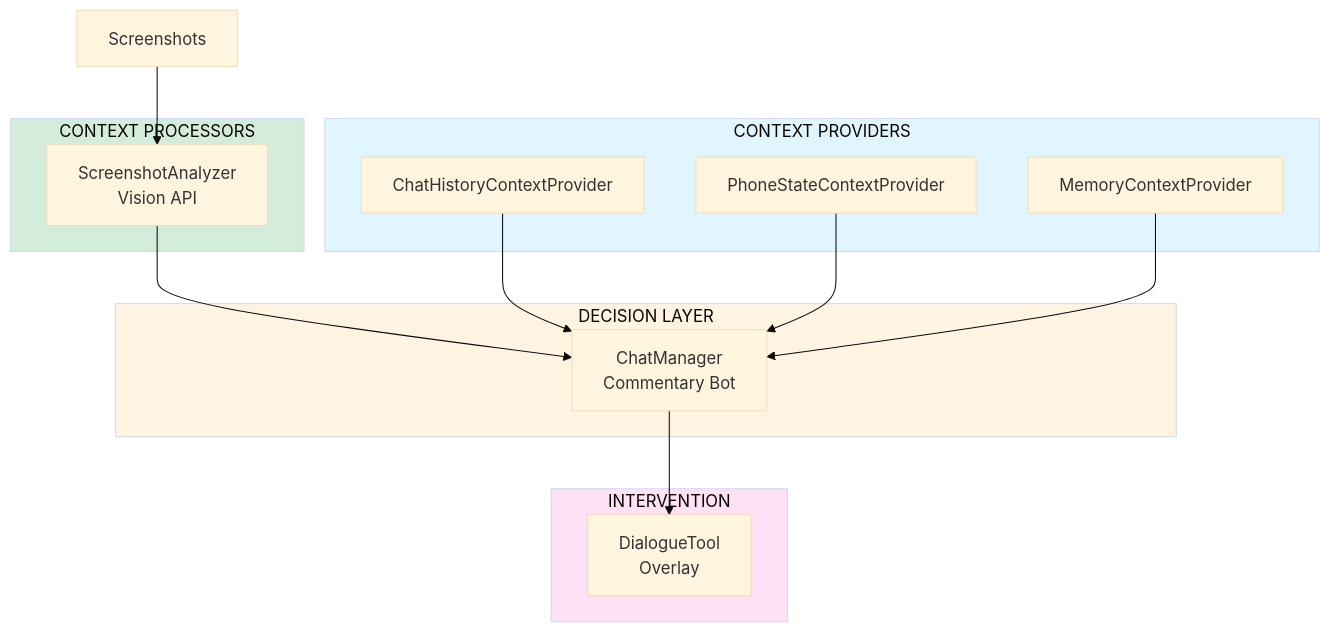
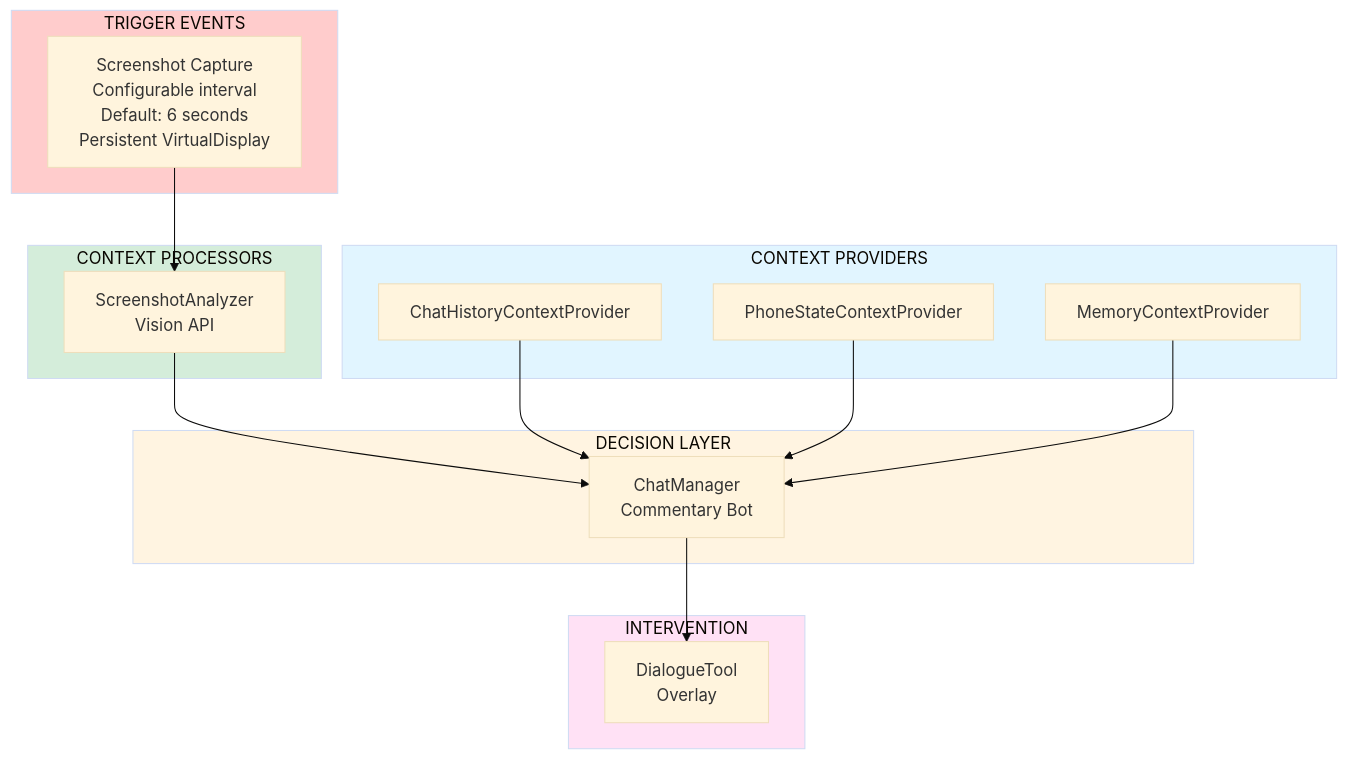
The first of 2 diagrams in README.md (JaclyNolan/AIPhoneReminderProject), drawn with Mermaid (base theme) before and after one commit. The commit also changed other lines of this file and 7 other files, not shown here.

````diff
--- a/README.md
+++ b/README.md
@@ -36,35 +41,40 @@
 ```mermaid
 graph TB
+    subgraph Triggers1["TRIGGER EVENTS"]
+        TR1[Screenshot Capture<br/>Configurable interval<br/>Default: 6 seconds<br/>Persistent VirtualDisplay]
+    end
+    
     subgraph ContextProviders1["CONTEXT PROVIDERS"]
         CP2[ChatHistoryContextProvider]
         CP4[PhoneStateContextProvider]
         CP5[MemoryContextProvider]
     end
     
     subgraph ContextProcessors1["CONTEXT PROCESSORS"]
         P1[ScreenshotAnalyzer<br/>Vision API]
     end
     
     subgraph Agents1["DECISION LAYER"]
         A1[ChatManager<br/>Commentary Bot]
     end
     
     subgraph Tools1["INTERVENTION"]
         T1[DialogueTool<br/>Overlay]
     end
     
-    Screenshots[Screenshots] --> P1
+    TR1 --> P1
     
     P1 --> A1
     
     CP2 --> A1
     CP4 --> A1
     CP5 --> A1
     
     A1 --> T1
     
+    style Triggers1 fill:#ffcccc
     style ContextProviders1 fill:#e1f5ff
     style ContextProcessors1 fill:#d4edda
     style Agents1 fill:#fff4e1
     style Tools1 fill:#ffe1f5
 ```
````
